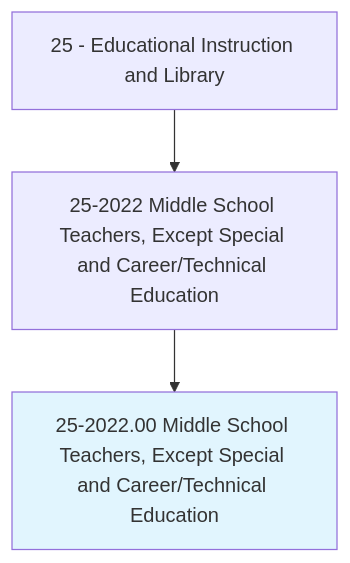
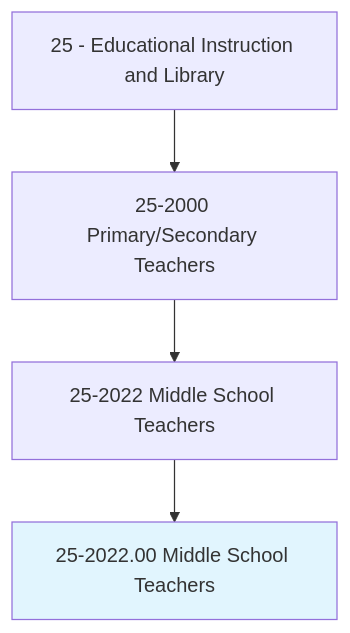
The first of 4 diagrams in occupations/Education/MiddleSchoolTeachersExceptSpecialAndCareerTechnicalEducation.mdx (kziemski/business.org.ai), drawn with Mermaid before and after one commit. The commit also changed other lines of this file and 938 other files, not shown here.

````diff
--- a/occupations/Education/MiddleSchoolTeachersExceptSpecialAndCareerTechnicalEducation.mdx
+++ b/occupations/Education/MiddleSchoolTeachersExceptSpecialAndCareerTechnicalEducation.mdx
@@ -19,6 +23,7 @@
 ```mermaid
 graph TD
-    Cat25["25 - Educational Instruction and Library"] --> Group252022["25-2022 Middle School Teachers, Except Special and Career/Technical Education"]
-    Group252022 --> Current["25-2022.00 Middle School Teachers, Except Special and Career/Technical Education"]
+    Cat25["25 - Educational Instruction and Library"] --> Group252["25-2000 Primary/Secondary Teachers"]
+    Group252 --> Group252022["25-2022 Middle School Teachers"]
+    Group252022 --> Current["25-2022.00 Middle School Teachers"]
     style Current fill:#e1f5fe
 ```
````
